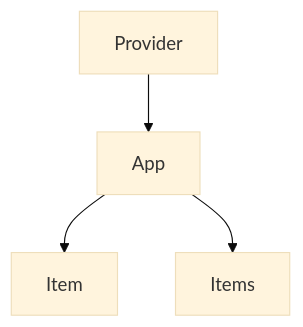
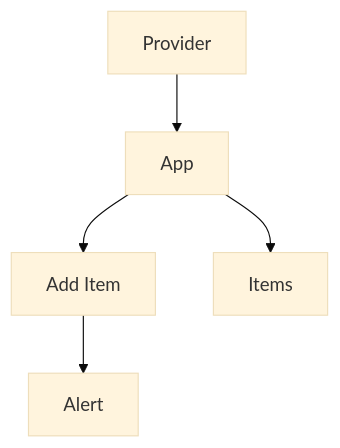
One commit to DanielNieuwoudt/dev-assess changed the second of 2 diagrams in Solution.README.md. Above: the diagram before and after it, drawn with Mermaid (base theme). The commit also changed 8 other files, not shown here.

````diff
--- a/Solution.README.md
+++ b/Solution.README.md
@@ -235,12 +235,13 @@
 ```mermaid
 graph TD
 A[Provider]
 B[App]
-C[Item]
+C[Add Item]
 D[Items]
+E[Alert]
 
 A --> B
 B --> C
 B --> D
-
+C --> E
 ```
````
